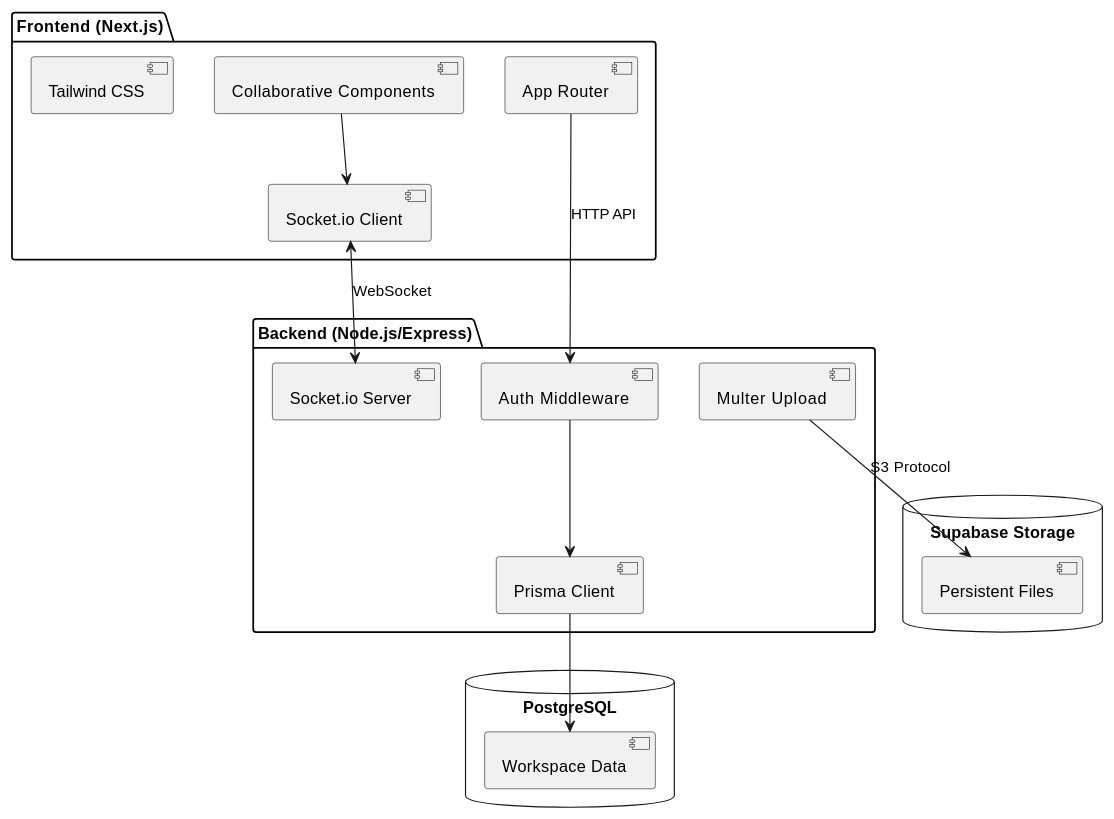
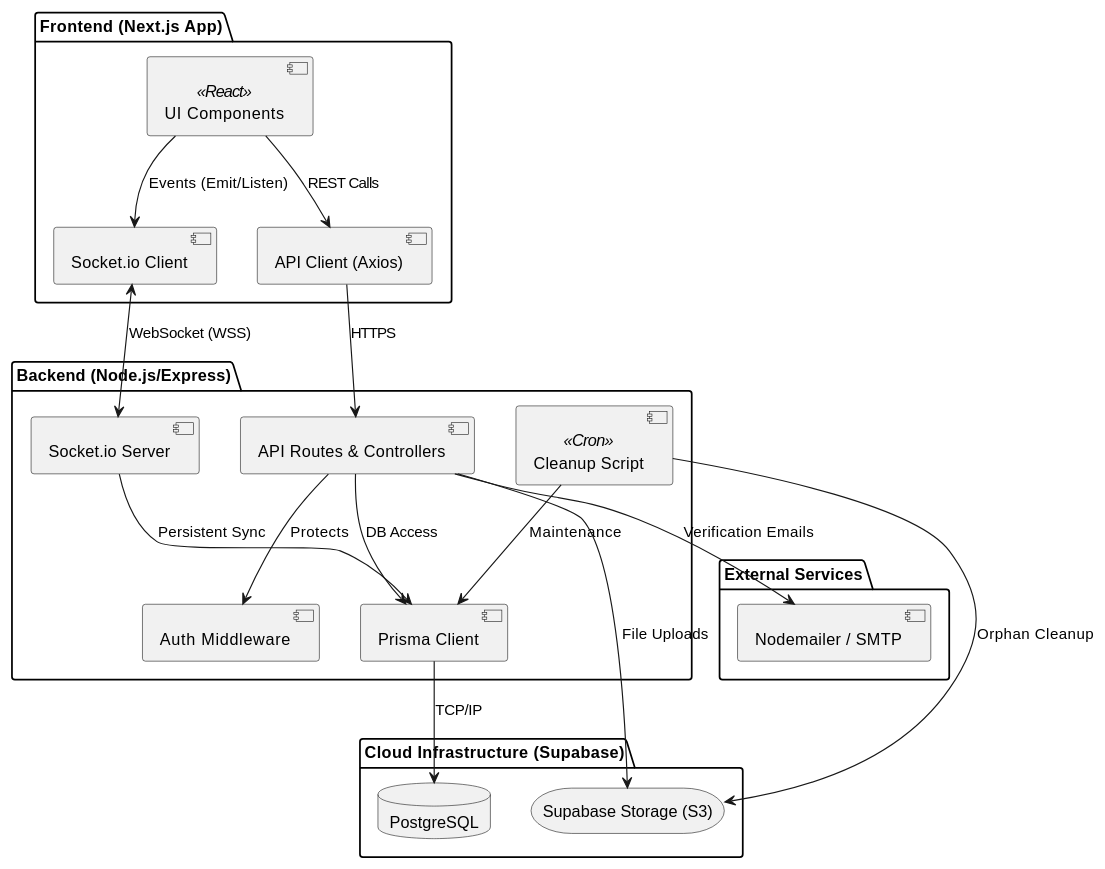
One commit to BleakRed/notion-clone-project changed the tenth of 12 diagrams in Document.md. Above: the diagram before and after it, drawn with PlantUML. The commit also changed other lines of this file and 7 other files, not shown here.

````diff
--- a/Document.md
+++ b/Document.md
@@ -169,32 +759,43 @@
 ```plantuml
 @startuml
-package "Frontend (Next.js)" {
-  [App Router]
-  [Collaborative Components]
-  [Socket.io Client]
-  [Tailwind CSS]
+skinparam componentStyle uml2
+
+package "Frontend (Next.js App)" {
+    [UI Components] <<React>> as UI
+    [API Client (Axios)] as APIClient
+    [Socket.io Client] as SocketC
+    
+    UI --> APIClient : REST Calls
+    UI --> SocketC : Events (Emit/Listen)
 }
 
 package "Backend (Node.js/Express)" {
-  [Auth Middleware]
-  [Socket.io Server]
-  [Prisma Client]
-  [Multer Upload]
+    [API Routes & Controllers] as Controllers
+    [Auth Middleware] as Auth
+    [Socket.io Server] as SocketS
+    [Prisma Client] as Prisma
+    [Cleanup Script] <<Cron>> as Cron
+    
+    Controllers --> Auth : Protects
+    Controllers --> Prisma : DB Access
+    SocketS --> Prisma : Persistent Sync
+    Cron --> Prisma : Maintenance
 }
 
-database "Supabase Storage" {
-  [Persistent Files]
+package "Cloud Infrastructure (Supabase)" {
+    database "PostgreSQL" as DB
+    storage "Supabase Storage (S3)" as OSS
 }
 
-database "PostgreSQL" {
-  [Workspace Data]
+package "External Services" {
+    [Nodemailer / SMTP] as Mail
 }
 
-[Socket.io Client] <--> [Socket.io Server] : WebSocket
-[Collaborative Components] --> [Socket.io Client]
-[App Router] --> [Auth Middleware] : HTTP API
-[Auth Middleware] --> [Prisma Client]
-[Prisma Client] --> [Workspace Data]
-[Multer Upload] --> [Persistent Files] : S3 Protocol
+APIClient --> Controllers : HTTPS
+SocketC <--> SocketS : WebSocket (WSS)
+Prisma --> DB : TCP/IP
+Controllers --> OSS : File Uploads
+Cron --> OSS : Orphan Cleanup
+Controllers --> Mail : Verification Emails
 @enduml
 ```
````
